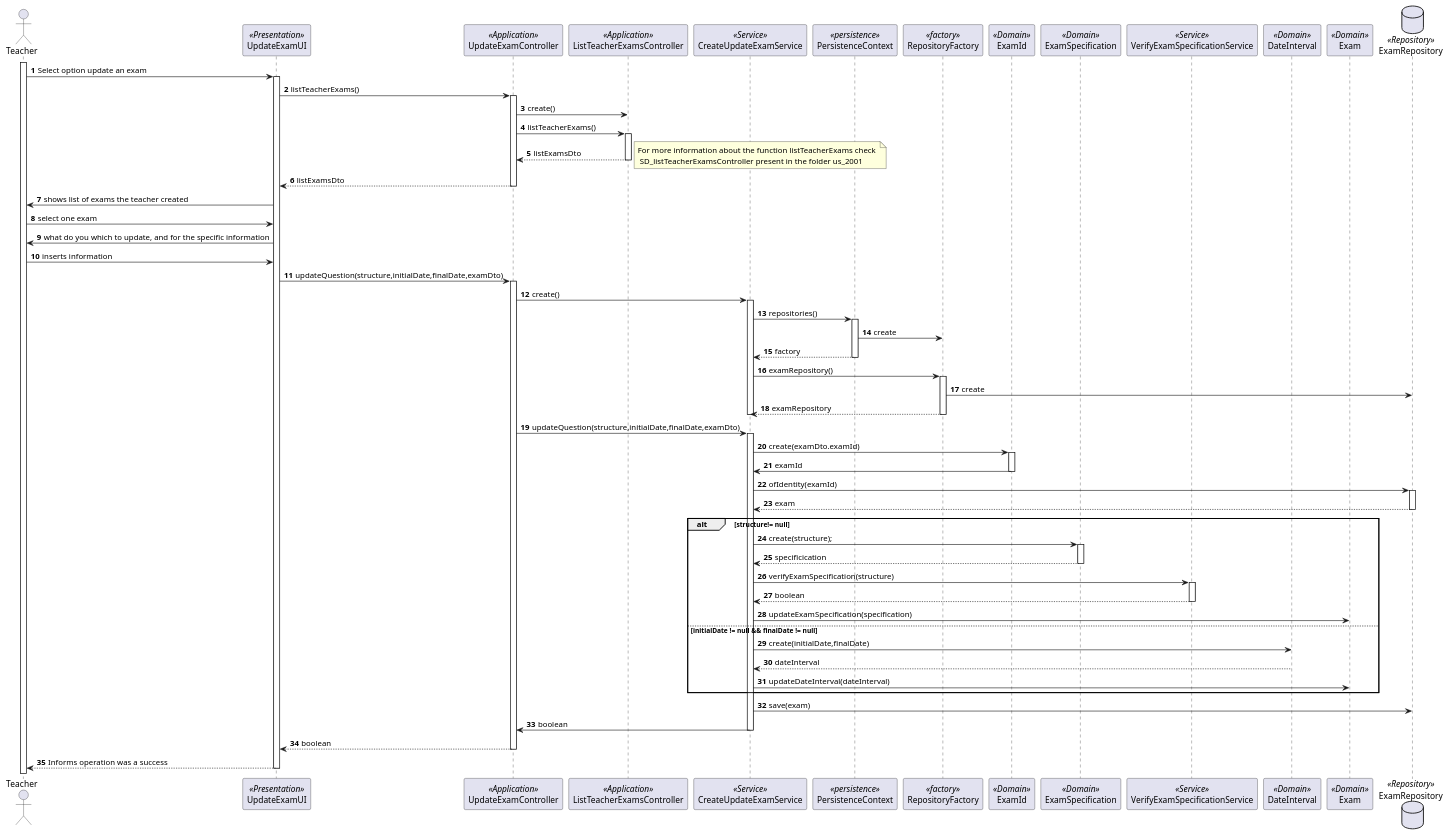
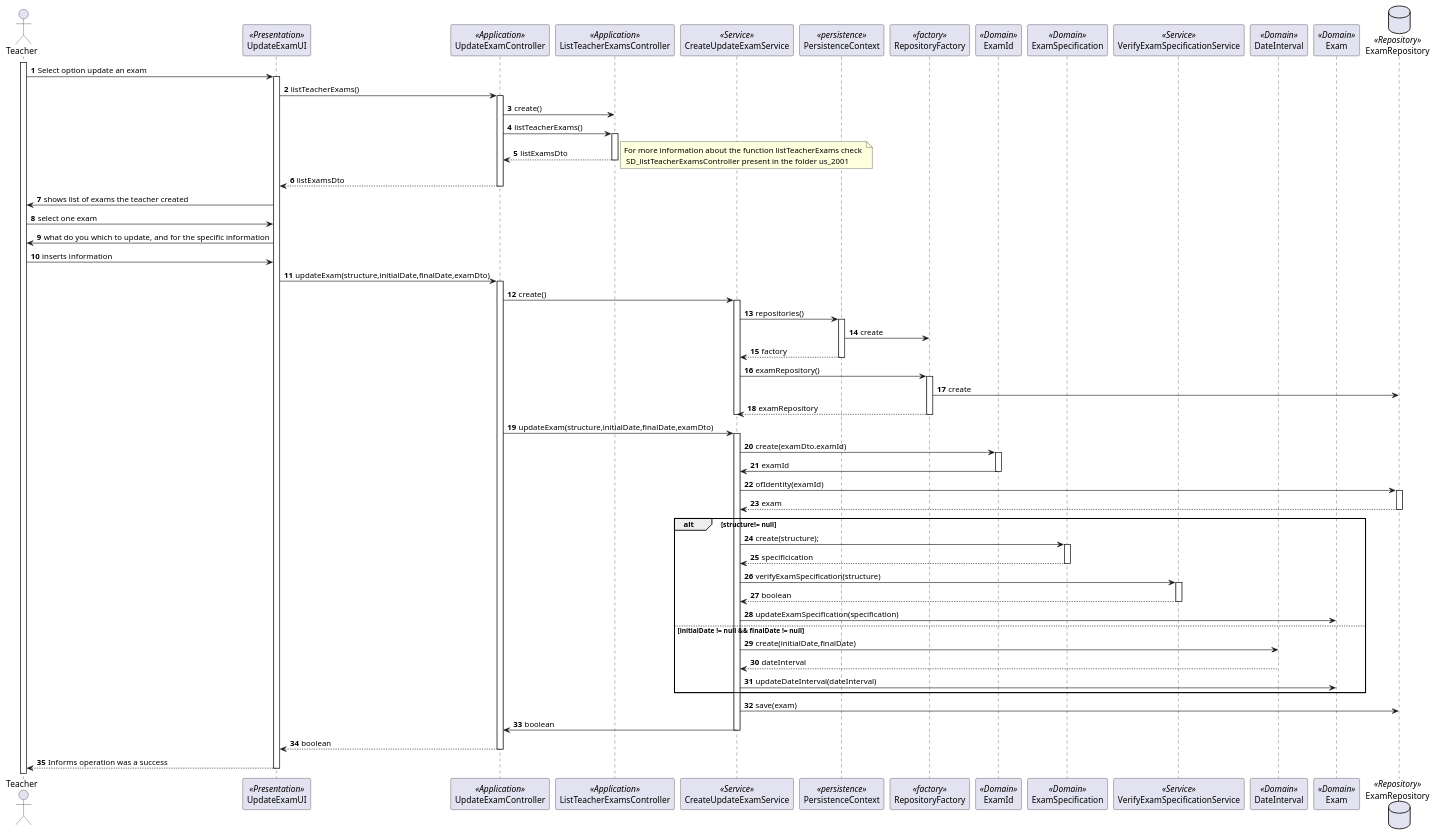
One commit to Marco-Nobrega-Andrade/sem4pi_22_23 changed the diagram in docs/Sprint_B/us_2001/SD_UpdateExam.puml. Above: the diagram before and after it, drawn with PlantUML. The commit also changed 3 other files, not shown here.

```diff
--- a/docs/Sprint_B/us_2001/SD_UpdateExam.puml
+++ b/docs/Sprint_B/us_2001/SD_UpdateExam.puml
@@ -1,99 +1,99 @@
 @startuml
 'https://plantuml.com/sequence-diagram
 
 autonumber
 
 actor "Teacher" as t
 
 participant "UpdateExamUI" as ui <<Presentation>>
 participant "UpdateExamController" as ctrl <<Application>>
 participant "ListTeacherExamsController" as ctrlList <<Application>>
 participant "CreateUpdateExamService" as service <<Service>>
 
 participant PersistenceContext as persistence <<persistence>>
 participant RepositoryFactory as repFactory <<factory>>
 
 participant "ExamId" as examId <<Domain>>
 participant "ExamSpecification" as spec <<Domain>>
 participant "VerifyExamSpecificationService" as verExam <<Service>>
 participant "DateInterval" as dateInterval <<Domain>>
 
 
 participant "Exam" as exam <<Domain>>
 database ExamRepository as examRep <<Repository>>
 
 activate t
 
 t->ui: Select option update an exam
 activate ui
 ui-> ctrl: listTeacherExams()
 activate ctrl
 ctrl -> ctrlList: create()
 ctrl -> ctrlList: listTeacherExams()
 activate ctrlList
 ctrlList --> ctrl: listExamsDto
 note right : For more information about the function listTeacherExams check \n SD_listTeacherExamsController present in the folder us_2001
 deactivate ctrlList
 ctrl --> ui: listExamsDto
 deactivate ctrl
 ui -> t: shows list of exams the teacher created
 t -> ui: select one exam
 ui -> t: what do you which to update, and for the specific information
 t-> ui: inserts information
-ui -> ctrl: updateQuestion(structure,initialDate,finalDate,examDto)
+ui -> ctrl: updateExam(structure,initialDate,finalDate,examDto)
 activate ctrl
 ctrl -> service: create()
 activate service
 
 service -> persistence: repositories()
 activate persistence
 persistence -> repFactory: create
 persistence --> service: factory
 deactivate persistence
 service -> repFactory: examRepository()
 activate repFactory
 repFactory -> examRep: create
 repFactory --> service: examRepository
 deactivate repFactory
 deactivate service
-ctrl->service: updateQuestion(structure,initialDate,finalDate,examDto)
+ctrl->service: updateExam(structure,initialDate,finalDate,examDto)
 
 
 activate service
 
 service -> examId: create(examDto.examId)
 activate examId
 examId -> service: examId
 deactivate examId
 
 service -> examRep: ofIdentity(examId)
 activate examRep
 examRep --> service: exam
 deactivate examRep
 
 
 
 alt structure!= null
 service -> spec: create(structure);
 activate spec
 spec --> service: specificication
 deactivate spec
 service -> verExam: verifyExamSpecification(structure)
 activate verExam
 verExam --> service: boolean
 deactivate verExam
 service -> exam: updateExamSpecification(specification)
 else initialDate != null && finalDate != null
 service -> dateInterval: create(initialDate,finalDate)
 dateInterval --> service: dateInterval
 service -> exam: updateDateInterval(dateInterval)
 end
 service -> examRep: save(exam)
 service -> ctrl : boolean
 deactivate service
 return boolean
 return Informs operation was a success
 
 
 
 @enduml
```
